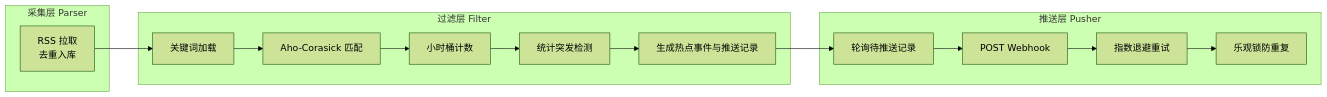
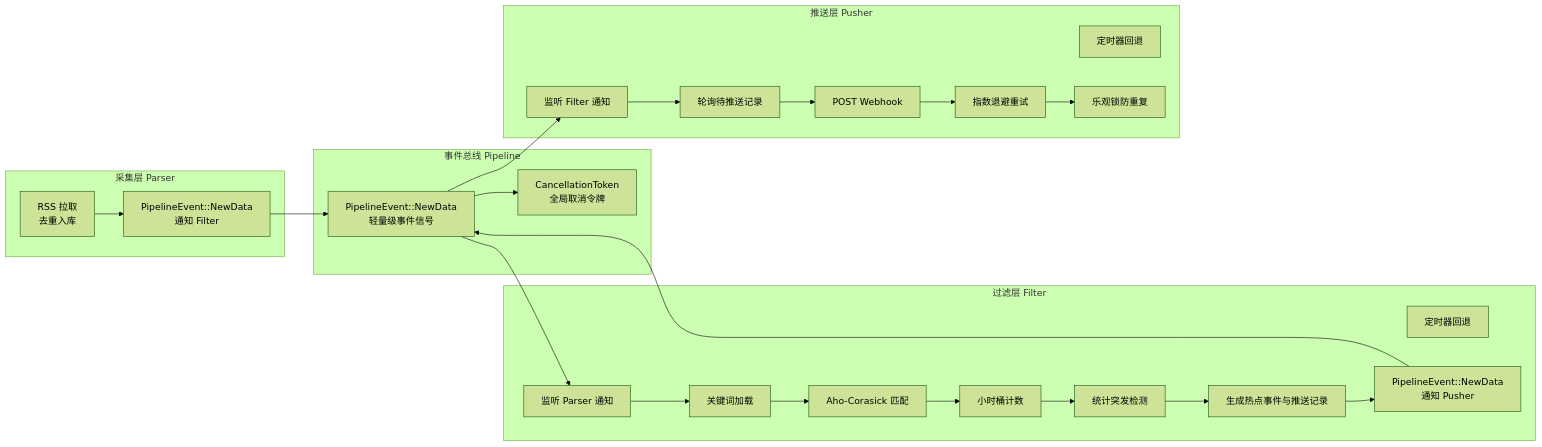
One commit to leimu-hue/AI-Trend-Tool changed the second of 8 diagrams in .qoder/repowiki/zh/content/项目概述.md. Above: the diagram before and after it, drawn with Mermaid (forest theme). The commit also changed other lines of this file and 74 other files, not shown here.

````diff
--- a/.qoder/repowiki/zh/content/项目概述.md
+++ b/.qoder/repowiki/zh/content/项目概述.md
@@ -101,21 +121,33 @@
 ```mermaid
 graph LR
+subgraph "事件总线 Pipeline"
+PE["PipelineEvent::NewData<br/>轻量级事件信号"]
+PT["CancellationToken<br/>全局取消令牌"]
+end
 subgraph "采集层 Parser"
 P1["RSS 拉取<br/>去重入库"]
+P2["PipelineEvent::NewData<br/>通知 Filter"]
 end
 subgraph "过滤层 Filter"
-F1["关键词加载"]
-F2["Aho-Corasick 匹配"]
-F3["小时桶计数"]
-F4["统计突发检测"]
-F5["生成热点事件与推送记录"]
+F1["监听 Parser 通知"]
+F2["定时器回退"]
+F3["关键词加载"]
+F4["Aho-Corasick 匹配"]
+F5["小时桶计数"]
+F6["统计突发检测"]
+F7["生成热点事件与推送记录"]
+F8["PipelineEvent::NewData<br/>通知 Pusher"]
 end
 subgraph "推送层 Pusher"
-S1["轮询待推送记录"]
-S2["POST Webhook"]
-S3["指数退避重试"]
-S4["乐观锁防重复"]
+S1["监听 Filter 通知"]
+S2["定时器回退"]
+S3["轮询待推送记录"]
+S4["POST Webhook"]
+S5["指数退避重试"]
+S6["乐观锁防重复"]
 end
-P1 --> F1
-F1 --> F2 --> F3 --> F4 --> F5 --> S1 --> S2 --> S3 --> S4
+PE --> PT
+P1 --> P2 --> PE
+PE --> F1 --> F3 --> F4 --> F5 --> F6 --> F7 --> F8 --> PE
+PE --> S1 --> S3 --> S4 --> S5 --> S6
 ```
````
